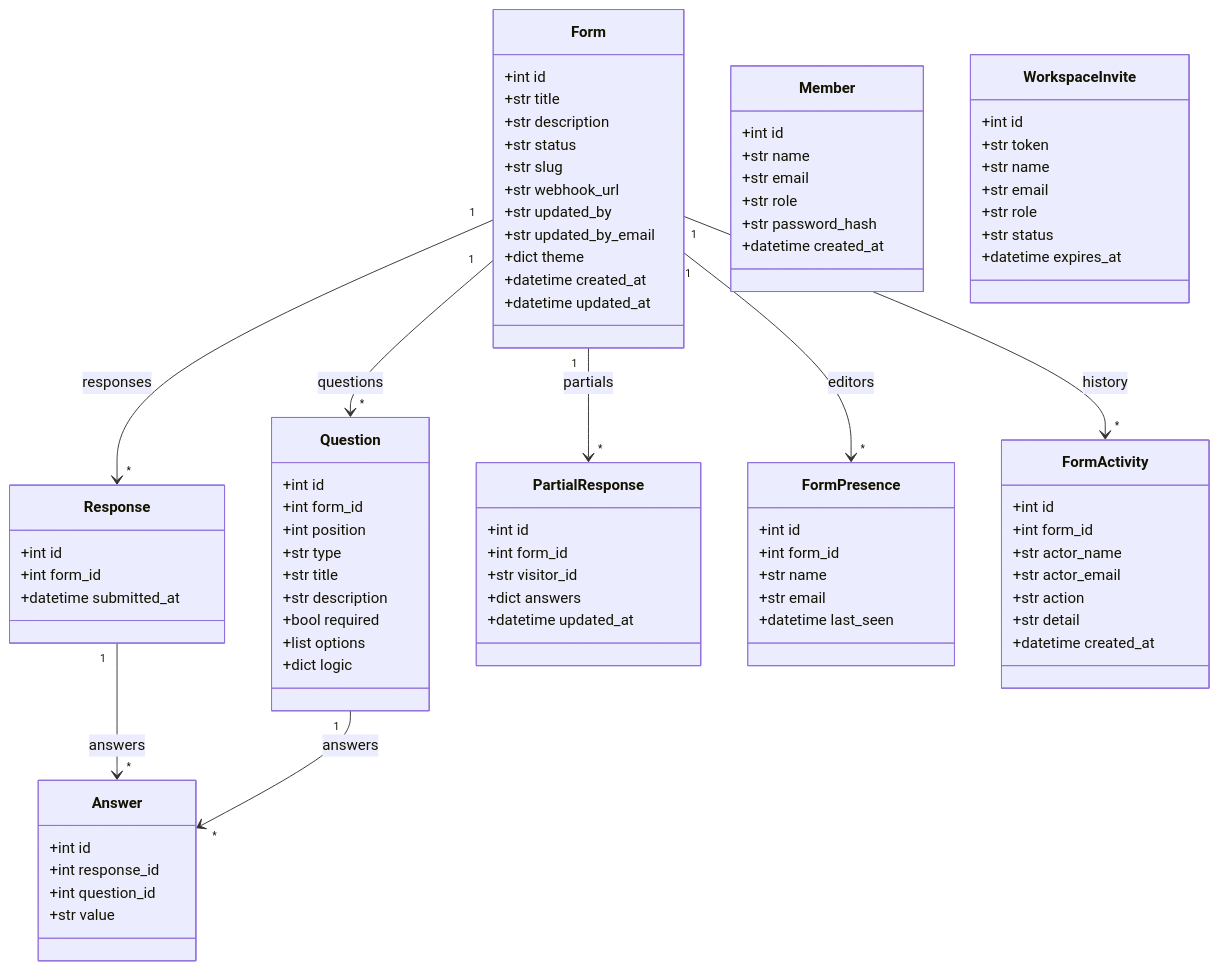
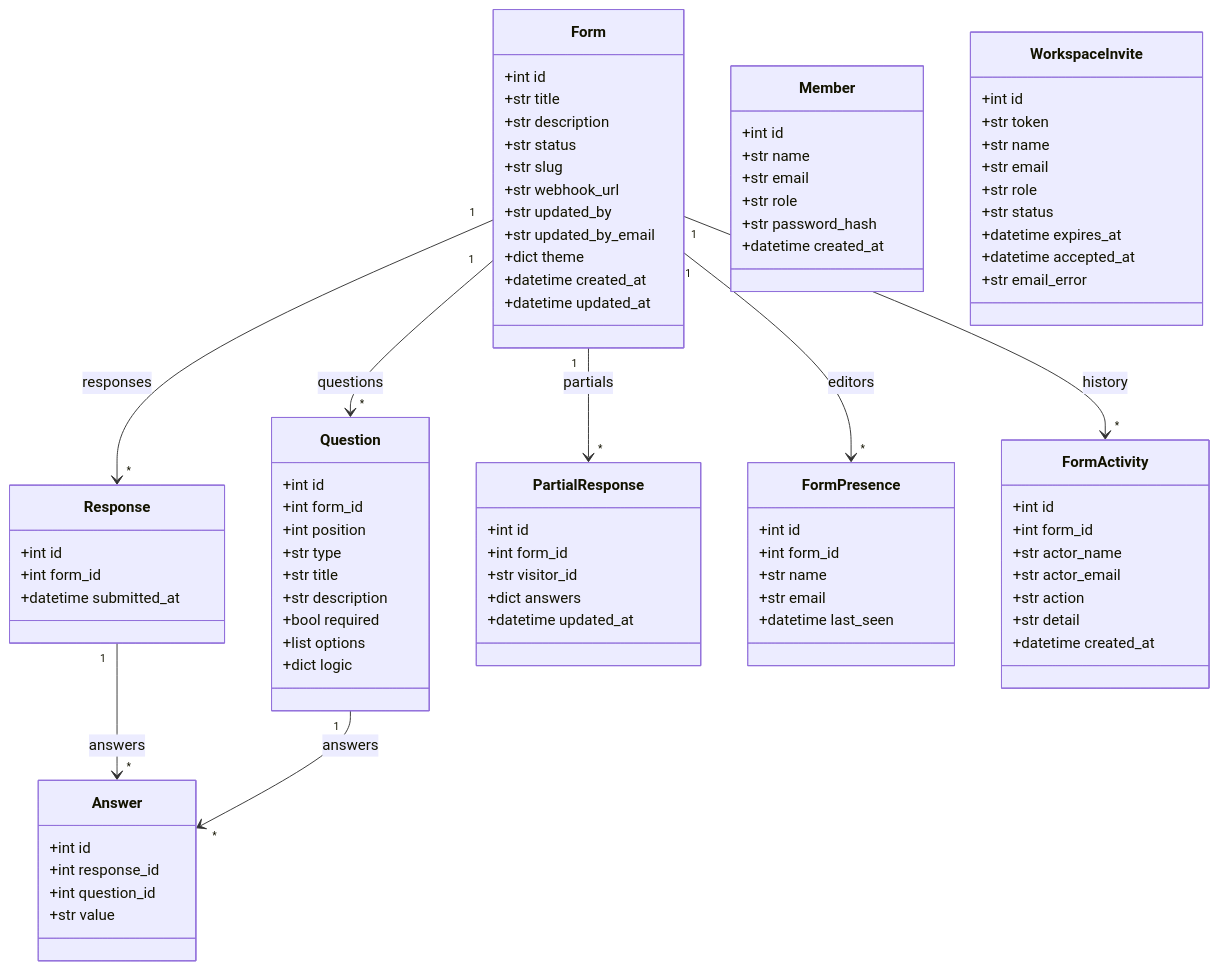
The first of 3 diagrams in docs/diagrams/class-uml.md (ruthwikkakumani/formly), drawn with Mermaid before and after one commit. The commit also changed other lines of this file and 11 other files, not shown here.

```diff
--- a/docs/diagrams/class-uml.md
+++ b/docs/diagrams/class-uml.md
@@ -62,6 +62,8 @@
     +str role
     +str status
     +datetime expires_at
+    +datetime accepted_at
+    +str email_error
   }
   class FormPresence {
     +int id
```
